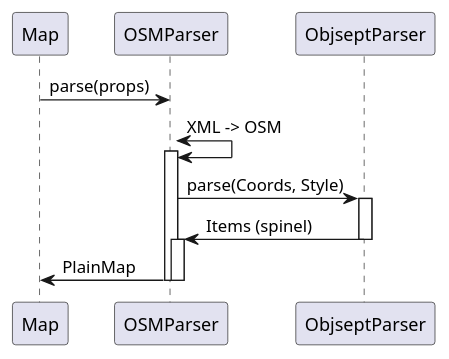
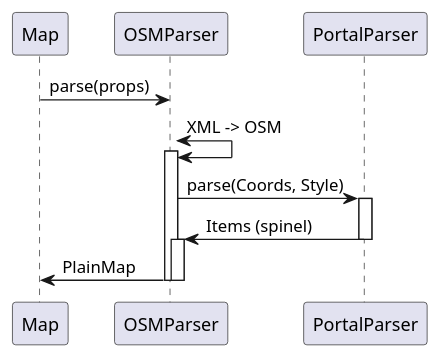
Before and after one commit to photonsquid/7map: the diagram in doc/slideshow/medias/uml/dataBuildSequence.plantuml, drawn with PlantUML. The commit also changed 95 other files, not shown here.

```diff
--- a/doc/slideshow/medias/uml/dataBuildSequence.plantuml
+++ b/doc/slideshow/medias/uml/dataBuildSequence.plantuml
@@ -1,13 +1,13 @@
 @startuml dataBuildSequenceOSM
 
 Map -> OSMParser : parse(props)
 OSMParser <-> OSMParser --++ : XML -> OSM
 
-OSMParser -> ObjseptParser ++ : parse(Coords, Style)
-OSMParser <- ObjseptParser -- : Items (spinel)
+OSMParser -> PortalParser ++ : parse(Coords, Style)
+OSMParser <- PortalParser -- : Items (spinel)
 
 activate OSMParser
 deactivate OSMParser
 Map <- OSMParser -- : PlainMap
 
 @enduml
```
